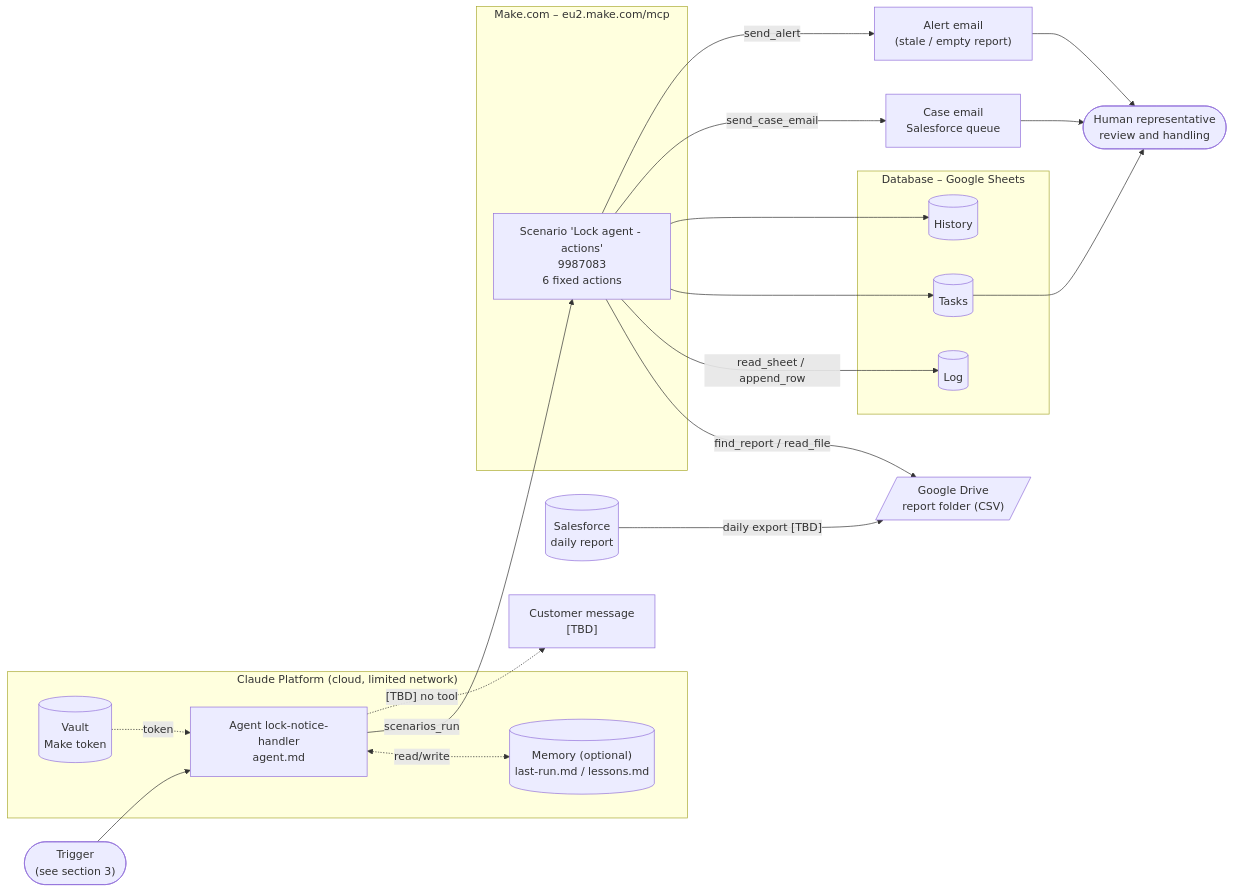
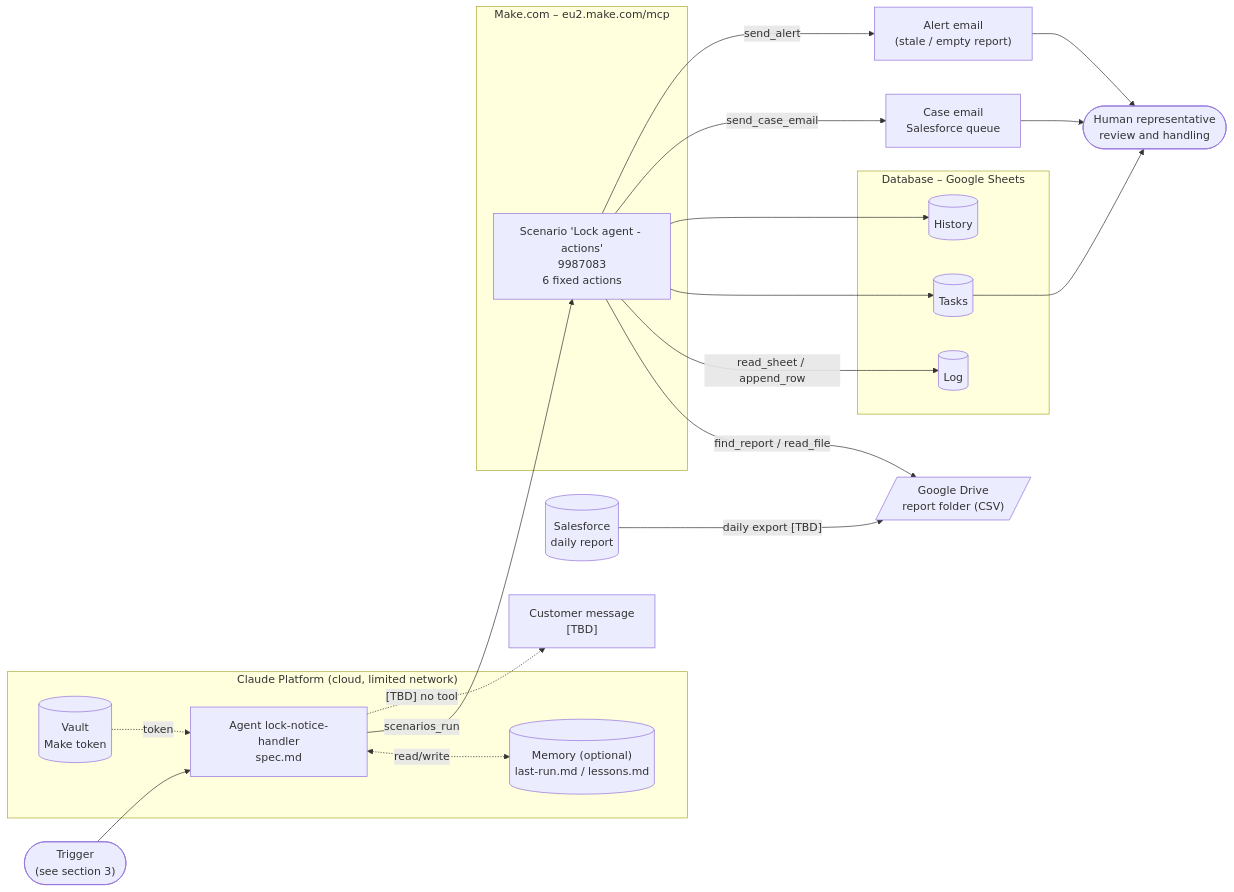
Before and after one commit to asaeltaragan-cpu/Time_limit: the first of 4 diagrams in Architecture.md, drawn with Mermaid. The commit also changed other lines of this file and 4 other files, not shown here.

Commit message:
Rename agent.md to spec.md and update references

````diff
--- a/Architecture.md
+++ b/Architecture.md
@@ -23,43 +23,43 @@
 ```mermaid
 flowchart LR
     SF[("Salesforce<br/>daily report")]
     DRIVE[/"Google Drive<br/>report folder (CSV)"/]
     TRIG(["Trigger<br/>(see section 3)"])
 
     subgraph ANTH["Claude Platform (cloud, limited network)"]
-        AGENT["Agent lock-notice-handler<br/>agent.md"]
+        AGENT["Agent lock-notice-handler<br/>spec.md"]
         VAULT[("Vault<br/>Make token")]
         MEM[("Memory (optional)<br/>last-run.md / lessons.md")]
     end
 
     subgraph MAKE["Make.com – eu2.make.com/mcp"]
         SCN["Scenario 'Lock agent - actions'<br/>9987083<br/>6 fixed actions"]
     end
 
     subgraph DB["Database – Google Sheets"]
         LOG[("Log")]
         TASKS[("Tasks")]
         HIST[("History")]
     end
 
     MAIL["Case email<br/>Salesforce queue"]
     ALERT["Alert email<br/>(stale / empty report)"]
     CUST["Customer message<br/>[TBD]"]
     HUMAN(["Human representative<br/>review and handling"])
 
     SF -- "daily export [TBD]" --> DRIVE
     TRIG --> AGENT
     VAULT -. "token" .-> AGENT
     AGENT <-. "read/write" .-> MEM
     AGENT -- "scenarios_run" --> SCN
     SCN -- "find_report / read_file" --> DRIVE
     SCN -- "read_sheet / append_row" --> LOG
     SCN --> TASKS
     SCN --> HIST
     SCN -- "send_case_email" --> MAIL
     SCN -- "send_alert" --> ALERT
     AGENT -. "[TBD] no tool" .-> CUST
     TASKS --> HUMAN
     MAIL --> HUMAN
     ALERT --> HUMAN
 ```
````
